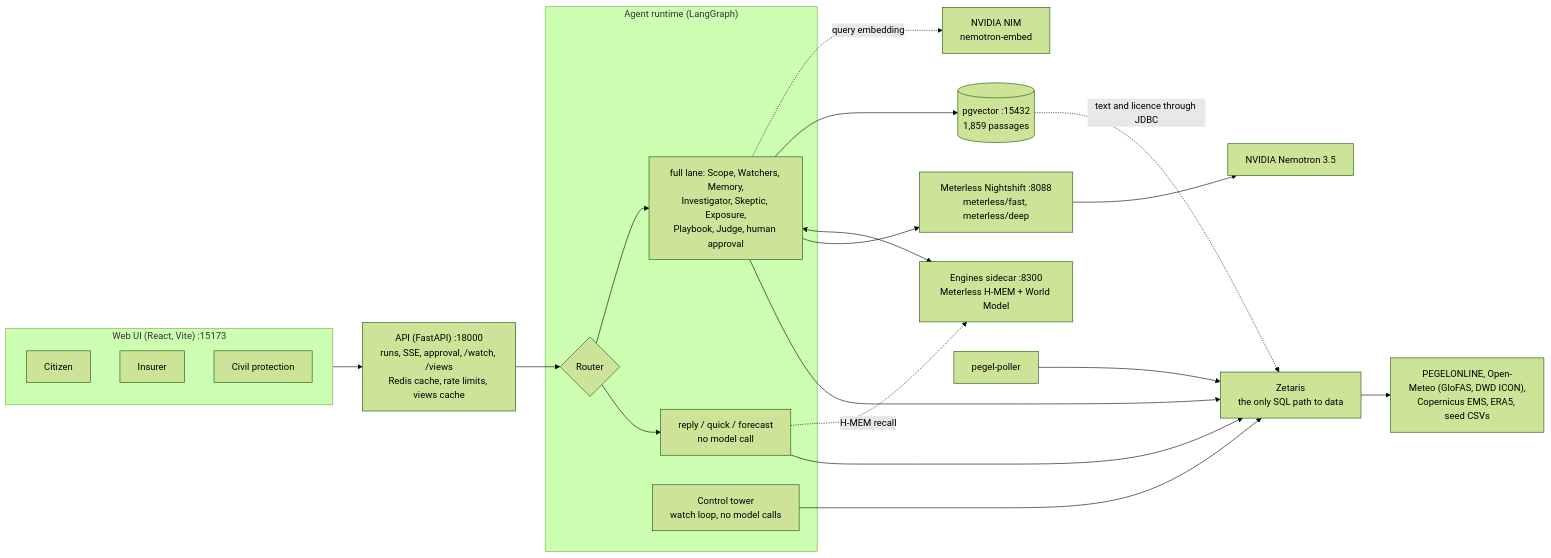
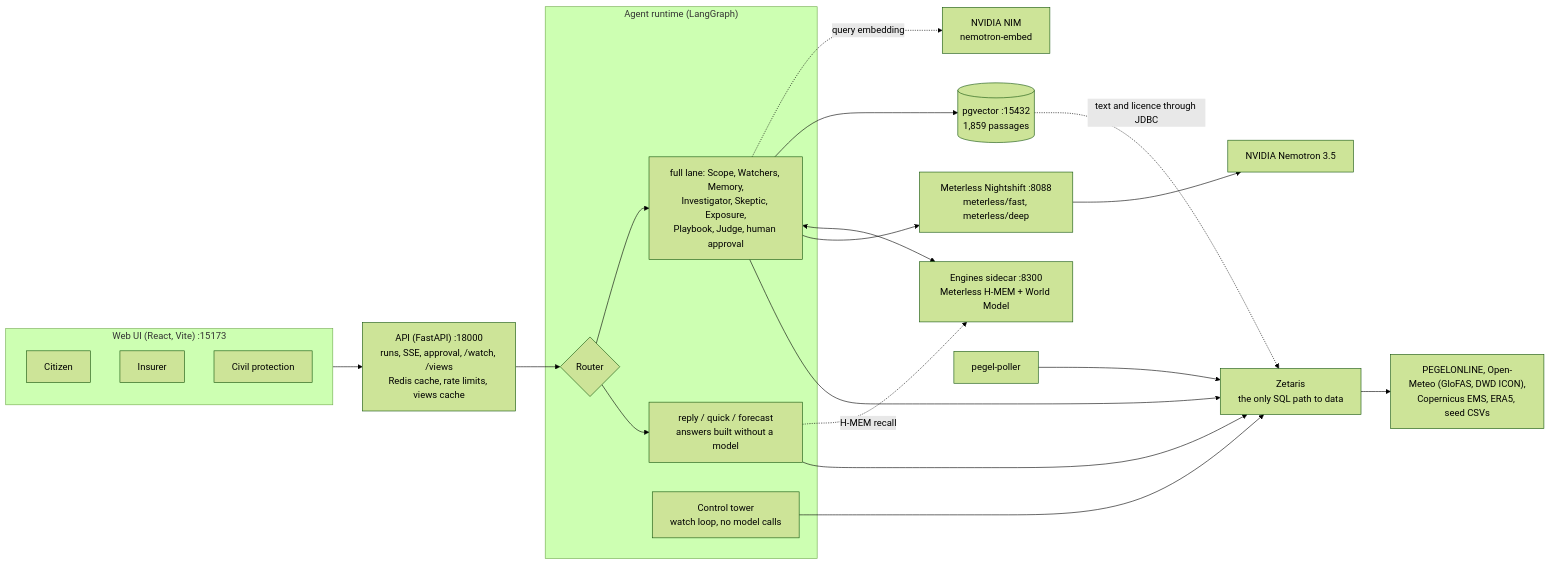
One commit to GenAI-Open-Agent-Hackathon/FloodSenseEU-Hackathon-Monorepo changed the diagram in README.md. Above: the diagram before and after it, drawn with Mermaid (forest theme). The commit also changed other lines of this file and 4 other files, not shown here.

Commit message:
docs: fix claims found in review (model calls in lanes, eval scope, approval wording, status words, memory evidence note)

````diff
--- a/README.md
+++ b/README.md
@@ -23,37 +23,37 @@
 ```mermaid
 flowchart LR
   subgraph Desks["Web UI (React, Vite) :15173"]
     CIT[Citizen]
     INS[Insurer]
     OPS[Civil protection]
   end
   API["API (FastAPI) :18000<br/>runs, SSE, approval, /watch, /views<br/>Redis cache, rate limits, views cache"]
   subgraph AG["Agent runtime (LangGraph)"]
     ROUTER{Router}
-    LANES["reply / quick / forecast<br/>no model call"]
+    LANES["reply / quick / forecast<br/>answers built without a model"]
     FULL["full lane: Scope, Watchers, Memory,<br/>Investigator, Skeptic, Exposure,<br/>Playbook, Judge, human approval"]
     TOWER["Control tower<br/>watch loop, no model calls"]
   end
   ENG["Engines sidecar :8300<br/>Meterless H-MEM + World Model"]
   NS["Meterless Nightshift :8088<br/>meterless/fast, meterless/deep"]
   NEM["NVIDIA Nemotron 3.5"]
   PGV[("pgvector :15432<br/>1,859 passages")]
   NIM["NVIDIA NIM<br/>nemotron-embed"]
   ZET["Zetaris<br/>the only SQL path to data"]
   SRC["PEGELONLINE, Open-Meteo (GloFAS, DWD ICON),<br/>Copernicus EMS, ERA5, seed CSVs"]
   POLL["pegel-poller"]
   Desks --> API --> ROUTER
   ROUTER --> LANES
   ROUTER --> FULL
   TOWER --> ZET
   LANES --> ZET
   FULL --> ZET
   FULL --> NS --> NEM
   FULL <--> ENG
   LANES -. "H-MEM recall" .-> ENG
   FULL --> PGV
   PGV -. "text and licence through JDBC" .-> ZET
   FULL -. "query embedding" .-> NIM
   ZET --> SRC
   POLL --> ZET
 ```
````
